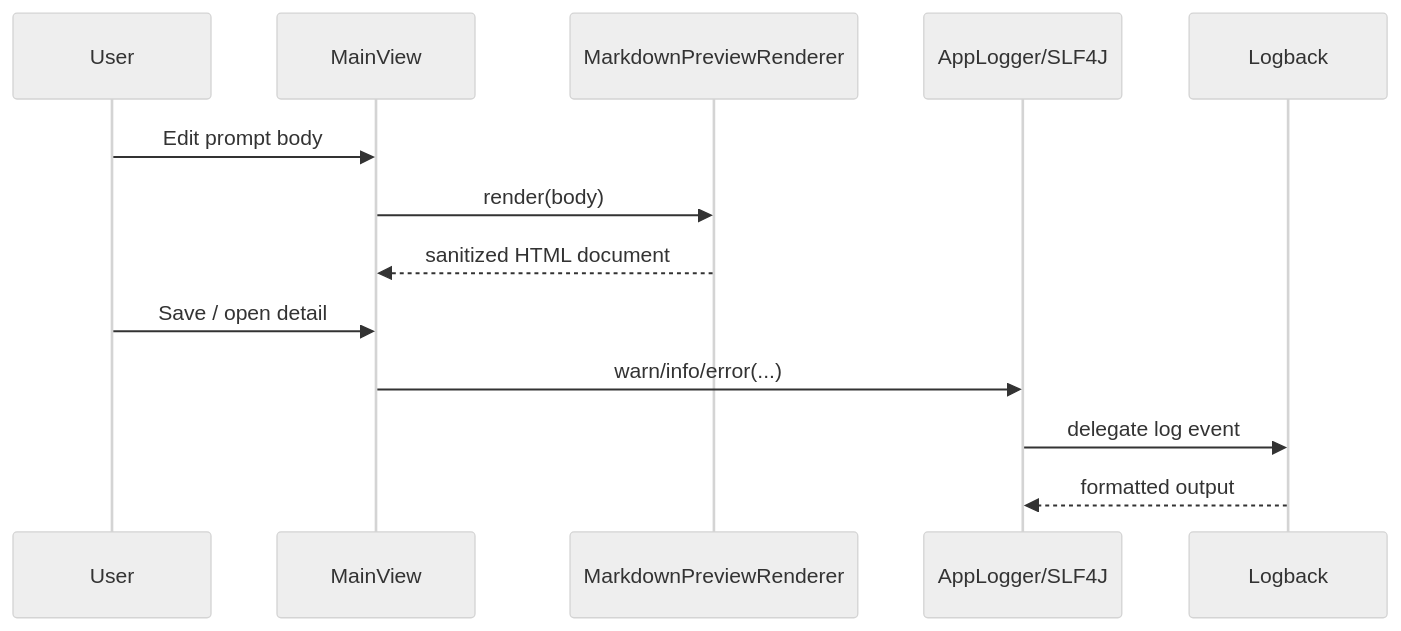
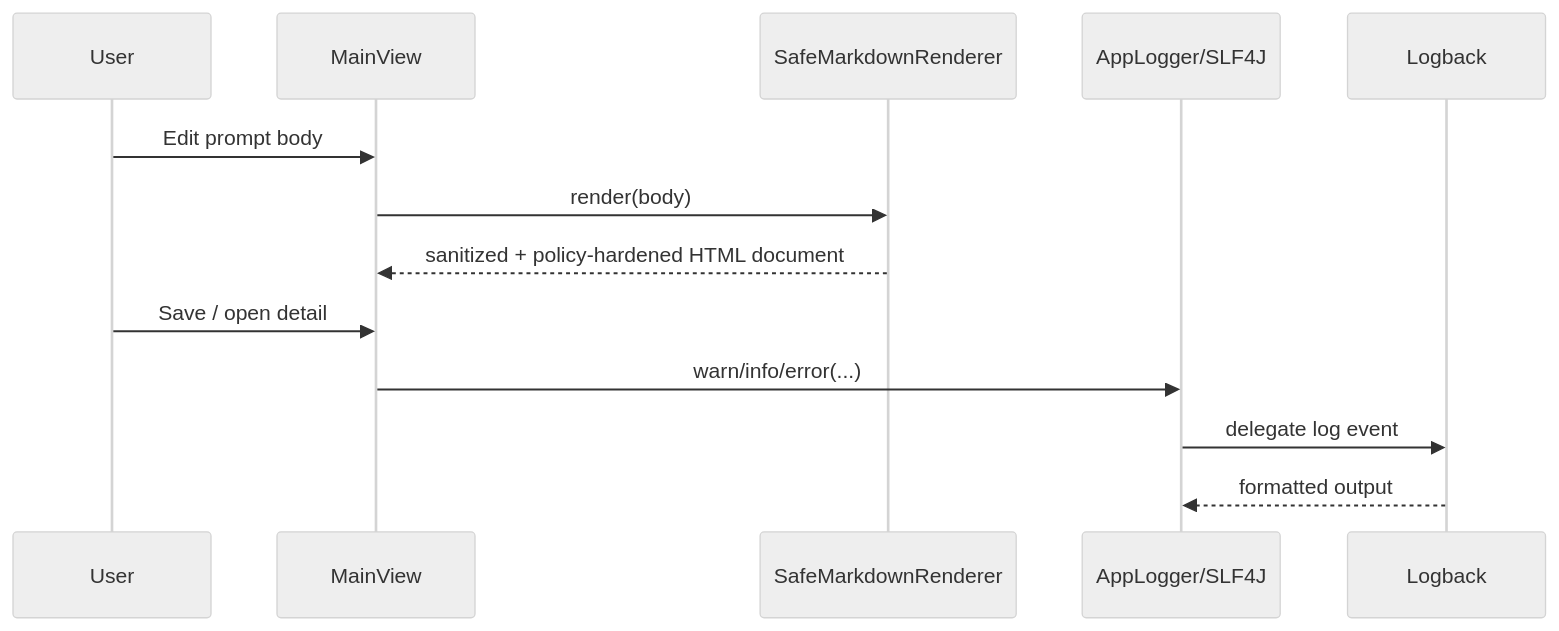
One commit to viruchith/PromptButler changed the third of 4 diagrams in TECHNICAL.md. Above: the diagram before and after it, drawn with Mermaid (neutral theme). The commit also changed other lines of this file and 7 other files, not shown here.

Commit message:
feat: implement SafeMarkdownRenderer for enhanced markdown security and rendering

````diff
--- a/TECHNICAL.md
+++ b/TECHNICAL.md
@@ -167,16 +168,16 @@
 ```mermaid
 sequenceDiagram
     participant User
     participant MainView
-    participant Renderer as MarkdownPreviewRenderer
+    participant Renderer as SafeMarkdownRenderer
     participant Logger as AppLogger/SLF4J
     participant Logback
 
     User->>MainView: Edit prompt body
     MainView->>Renderer: render(body)
-    Renderer-->>MainView: sanitized HTML document
+    Renderer-->>MainView: sanitized + policy-hardened HTML document
     User->>MainView: Save / open detail
     MainView->>Logger: warn/info/error(...)
     Logger->>Logback: delegate log event
     Logback-->>Logger: formatted output
 ```
````
